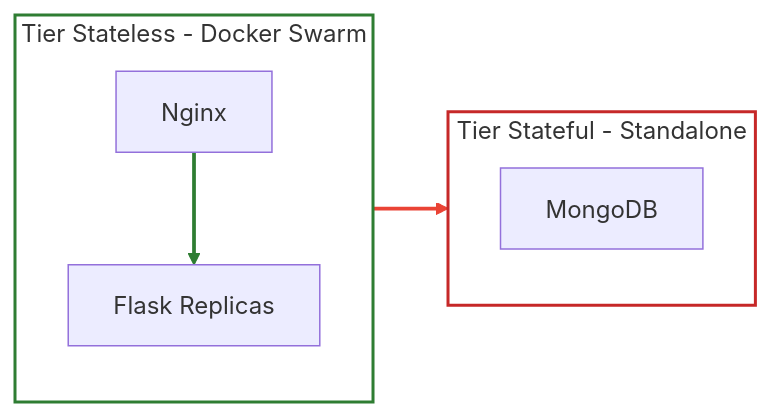
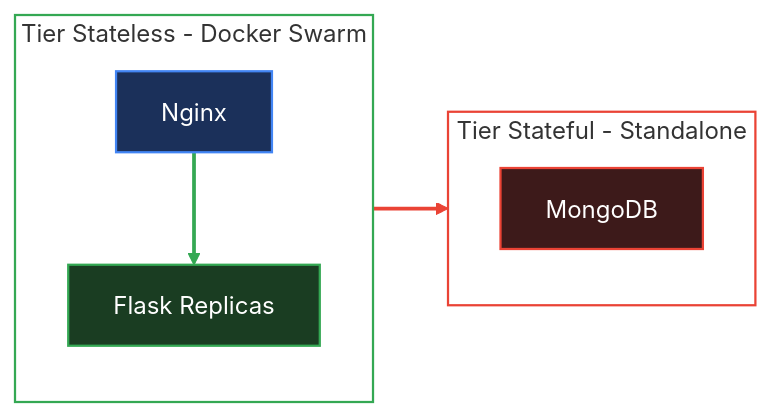
The fourth of 5 diagrams in README.md (baboey/fp-tka-1), drawn with Mermaid before and after one commit. The commit also changed other lines of this file, not shown here.

Commit message:
docs: style all major Mermaid diagrams with clean brand-matching deep colors, transparent subgraphs and precise link styles

````diff
--- a/README.md
+++ b/README.md
@@ -244,16 +253,20 @@
 ```mermaid
 graph LR
     subgraph STATELESS["Tier Stateless - Docker Swarm"]
         N["Nginx"] --> F["Flask Replicas"]
     end
     subgraph STATEFUL["Tier Stateful - Standalone"]
         M["MongoDB"]
     end
     STATELESS --> STATEFUL
 
-    style STATELESS fill:none,stroke:#2E7D32,stroke-width:2px
-    style STATEFUL fill:none,stroke:#C62828,stroke-width:2px
+    style STATELESS fill:none,stroke:#34A853,stroke-width:1.5px
+    style STATEFUL fill:none,stroke:#EA4335,stroke-width:1.5px
 
-    linkStyle 0 stroke:#2E7D32,stroke-width:2.5px
+    style N fill:#1b305a,stroke:#4285F4,stroke-width:1.5px,color:#fff
+    style F fill:#1a3d22,stroke:#34A853,stroke-width:1.5px,color:#fff
+    style M fill:#3d1a1a,stroke:#EA4335,stroke-width:1.5px,color:#fff
+
+    linkStyle 0 stroke:#34A853,stroke-width:2.5px
     linkStyle 1 stroke:#EA4335,stroke-width:2.5px
 ```
````
